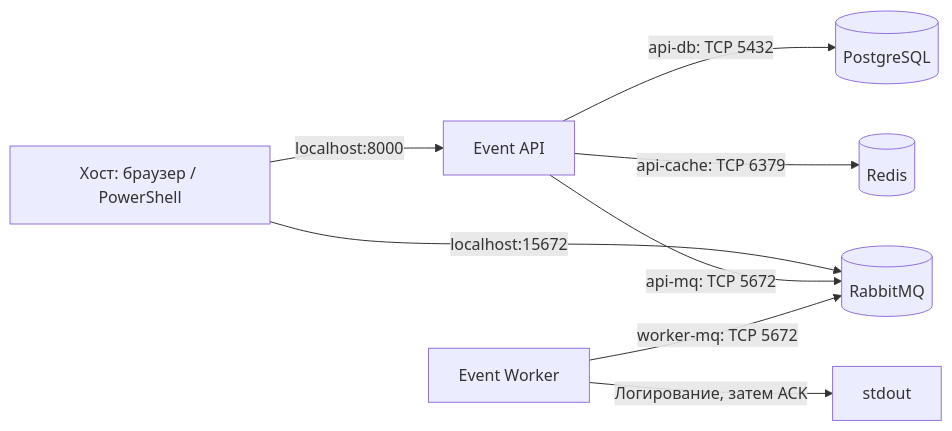
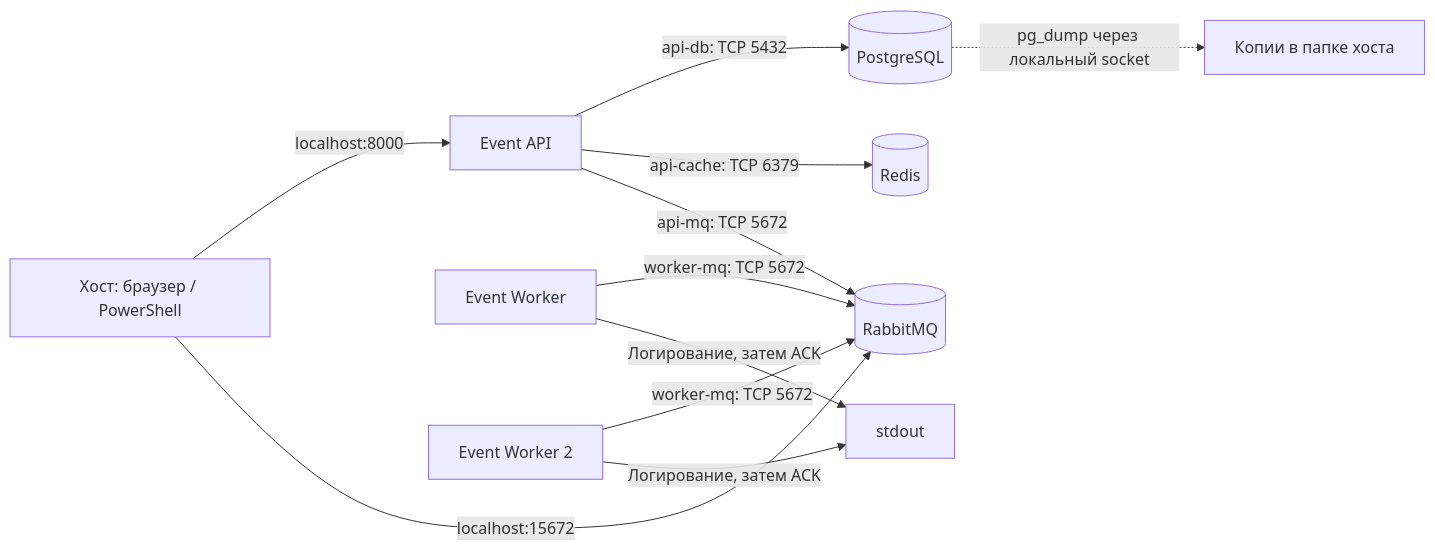
One commit to yalkar/security-event-processing-system changed the second of 2 diagrams in README.md. Above: the diagram before and after it, drawn with Mermaid. The commit also changed other lines of this file and 13 other files, not shown here.

````diff
--- a/README.md
+++ b/README.md
@@ -48,10 +48,13 @@
 ```mermaid
 flowchart LR
     Client["Хост: браузер / PowerShell"] -->|"localhost:8000"| API["Event API"]
     Client -->|"localhost:15672"| MQ[("RabbitMQ")]
     API -->|"api-db: TCP 5432"| DB[("PostgreSQL")]
     API -->|"api-cache: TCP 6379"| Cache[("Redis")]
     API -->|"api-mq: TCP 5672"| MQ
     Worker["Event Worker"] -->|"worker-mq: TCP 5672"| MQ
+    Worker2["Event Worker 2"] -->|"worker-mq: TCP 5672"| MQ
     Worker -->|"Логирование, затем ACK"| Logs["stdout"]
+    Worker2 -->|"Логирование, затем ACK"| Logs
+    DB -.->|"pg_dump через локальный socket"| Backup["Копии в папке хоста"]
 ```
````
